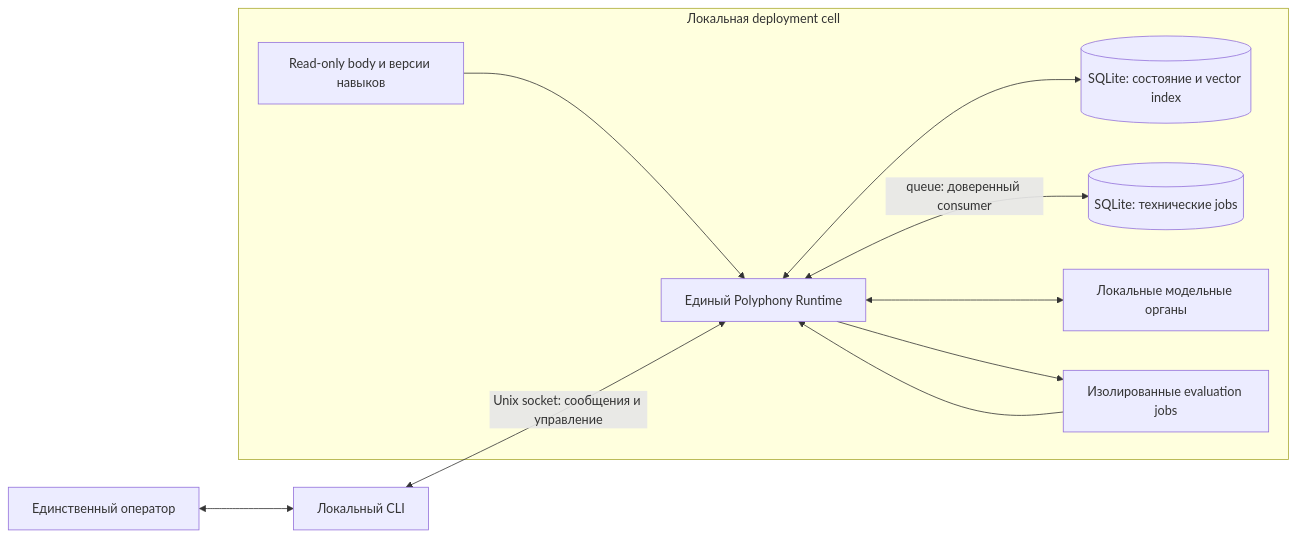
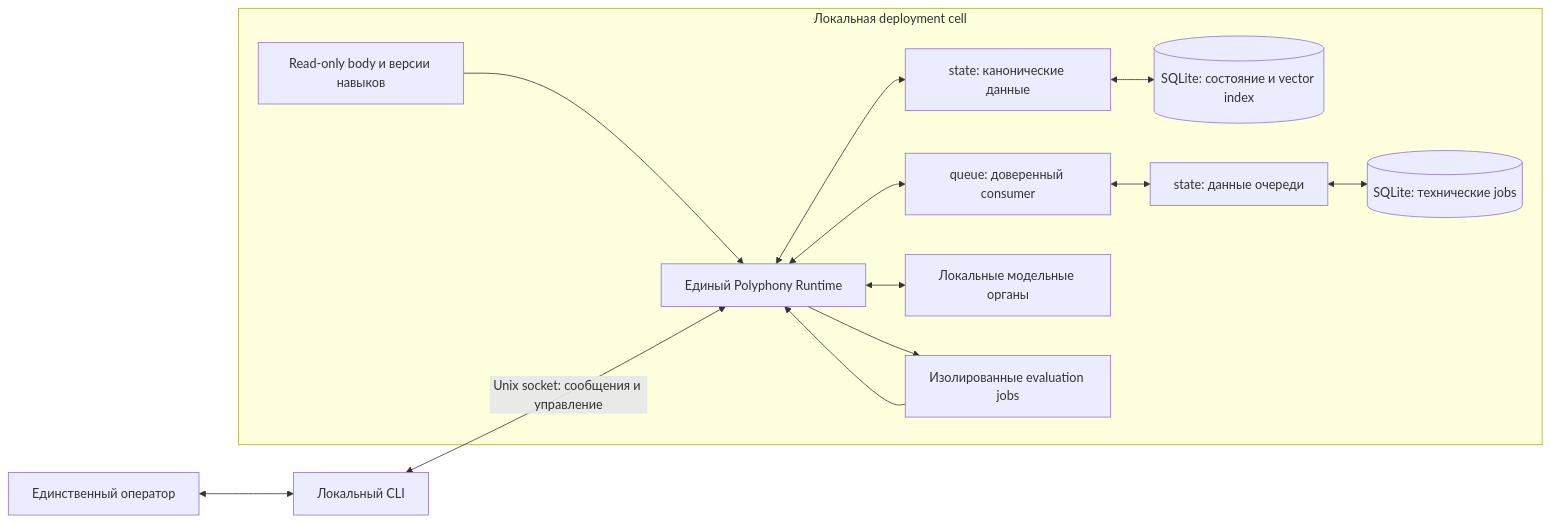
Before and after one commit to kostysh/yaagi: the first of 3 diagrams in docs/architecture.md, drawn with Mermaid. The commit also changed other lines of this file and 4 other files, not shown here.

Commit message:
docs(architecture): 📝 reuse state for queue persistence

````diff
--- a/docs/architecture.md
+++ b/docs/architecture.md
@@ -35,19 +37,25 @@
 ```mermaid
 flowchart LR
     Operator[Единственный оператор] <--> CLI[Локальный CLI]
     subgraph Cell[Локальная deployment cell]
         Runtime[Единый Polyphony Runtime]
         DB[(SQLite: состояние и vector index)]
         QueueDB[(SQLite: технические jobs)]
+        State["state: канонические данные"]
+        Queue["queue: доверенный consumer"]
+        QueueState["state: данные очереди"]
         Models[Локальные модельные органы]
         Jobs[Изолированные evaluation jobs]
         Body[Read-only body и версии навыков]
-        Runtime <--> DB
-        Runtime <-->|queue: доверенный consumer| QueueDB
+        Runtime <--> State
+        State <--> DB
+        Runtime <--> Queue
+        Queue <--> QueueState
+        QueueState <--> QueueDB
         Runtime <--> Models
         Runtime --> Jobs
         Jobs --> Runtime
         Body --> Runtime
     end
     CLI <-->|Unix socket: сообщения и управление| Runtime
 ```
````
